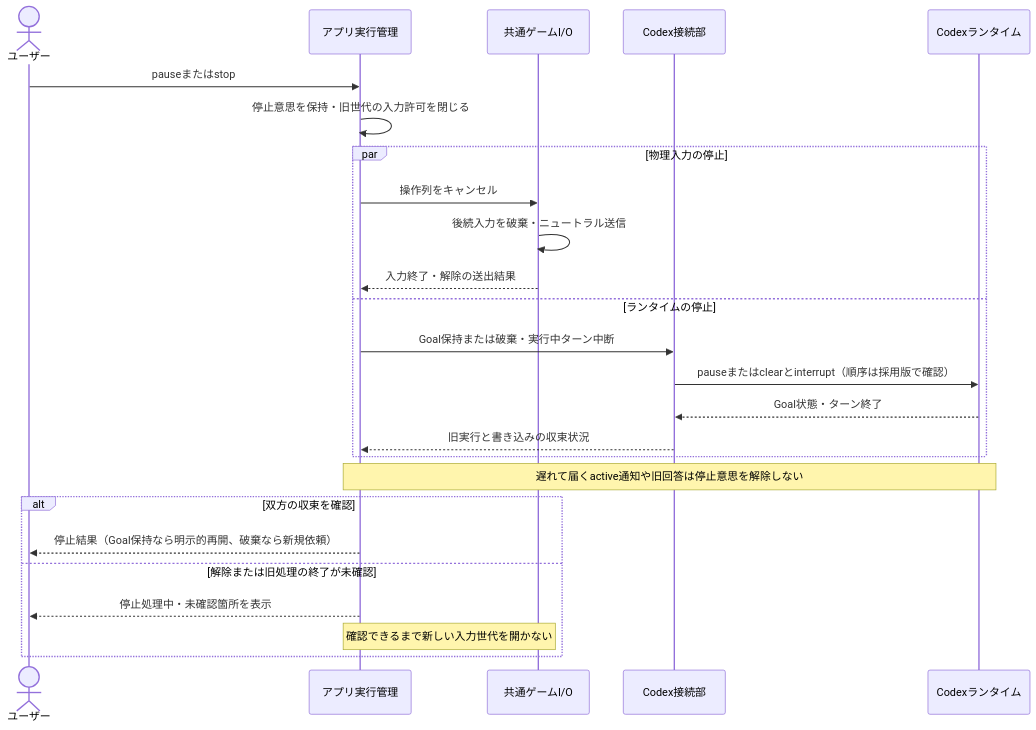
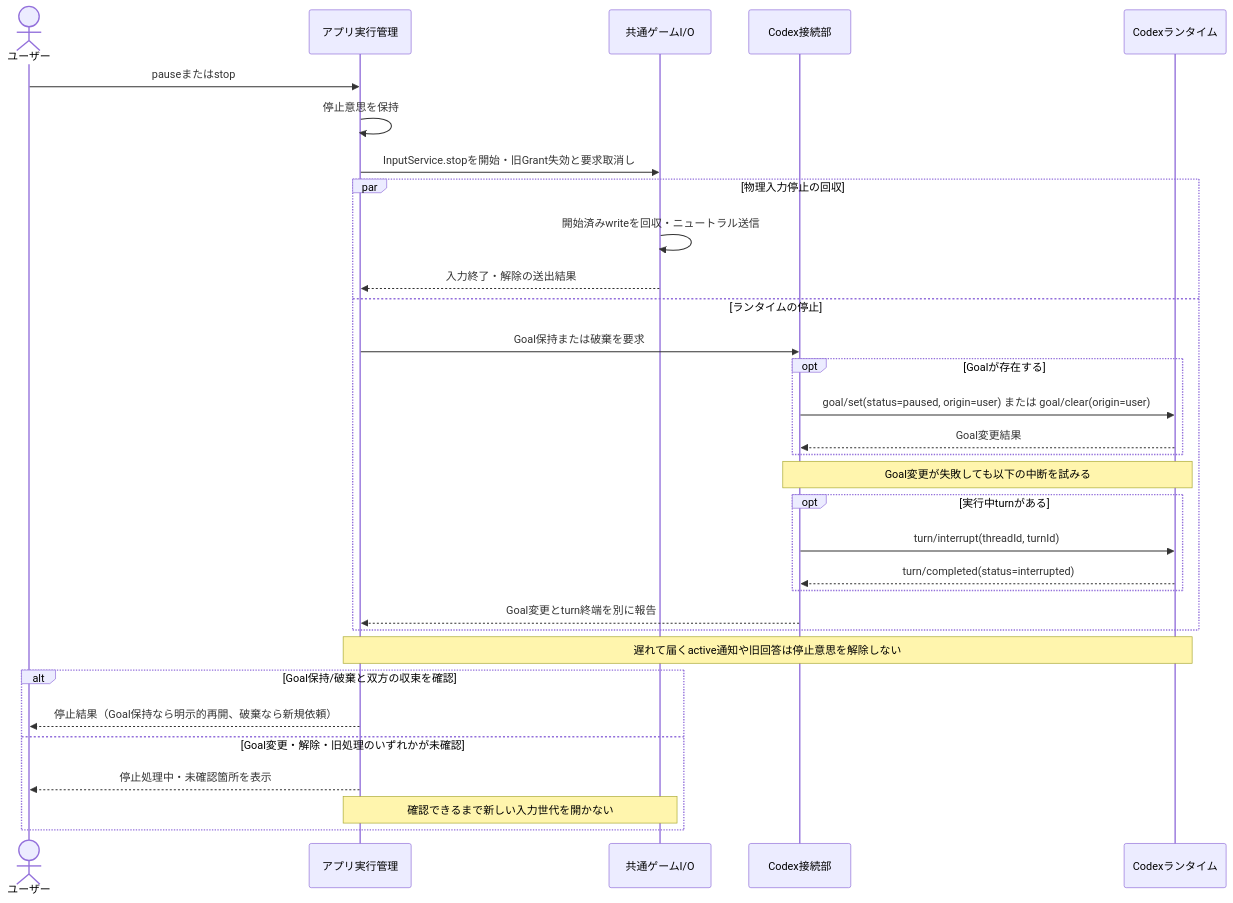
One commit to niart120/Project_Gigas changed the fifth of 8 diagrams in spec/initial/09-control-flows.md. Above: the diagram before and after it, drawn with Mermaid. The commit also changed other lines of this file and 25 other files, not shown here.

````diff
--- a/spec/initial/09-control-flows.md
+++ b/spec/initial/09-control-flows.md
@@ -211,27 +215,34 @@
 ```mermaid
 sequenceDiagram
     actor U as ユーザー
     participant A as アプリ実行管理
     participant G as 共通ゲームI/O
     participant C as Codex接続部
     participant R as Codexランタイム
     U->>A: pauseまたはstop
-    A->>A: 停止意思を保持・旧世代の入力許可を閉じる
-    par 物理入力の停止
-        A->>G: 操作列をキャンセル
-        G->>G: 後続入力を破棄・ニュートラル送信
+    A->>A: 停止意思を保持
+    A->>G: InputService.stopを開始・旧Grant失効と要求取消し
+    par 物理入力停止の回収
+        G->>G: 開始済みwriteを回収・ニュートラル送信
         G-->>A: 入力終了・解除の送出結果
     and ランタイムの停止
-        A->>C: Goal保持または破棄・実行中ターン中断
-        C->>R: pauseまたはclearとinterrupt（順序は採用版で確認）
-        R-->>C: Goal状態・ターン終了
-        C-->>A: 旧実行と書き込みの収束状況
+        A->>C: Goal保持または破棄を要求
+        opt Goalが存在する
+            C->>R: goal/set(status=paused, origin=user) または goal/clear(origin=user)
+            R-->>C: Goal変更結果
+        end
+        Note over C,R: Goal変更が失敗しても以下の中断を試みる
+        opt 実行中turnがある
+            C->>R: turn/interrupt(threadId, turnId)
+            R-->>C: turn/completed(status=interrupted)
+        end
+        C-->>A: Goal変更とturn終端を別に報告
     end
     Note over A,R: 遅れて届くactive通知や旧回答は停止意思を解除しない
-    alt 双方の収束を確認
+    alt Goal保持/破棄と双方の収束を確認
         A-->>U: 停止結果（Goal保持なら明示的再開、破棄なら新規依頼）
-    else 解除または旧処理の終了が未確認
+    else Goal変更・解除・旧処理のいずれかが未確認
         A-->>U: 停止処理中・未確認箇所を表示
         Note over A,G: 確認できるまで新しい入力世代を開かない
     end
 ```
````
